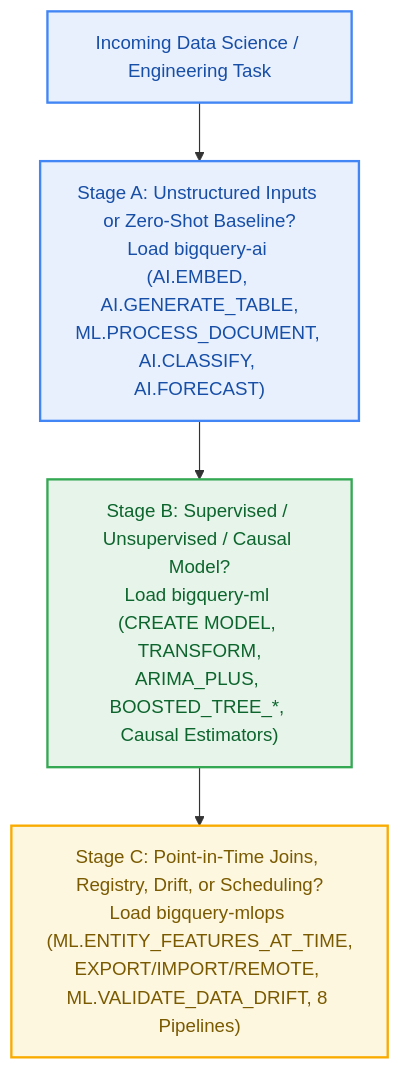
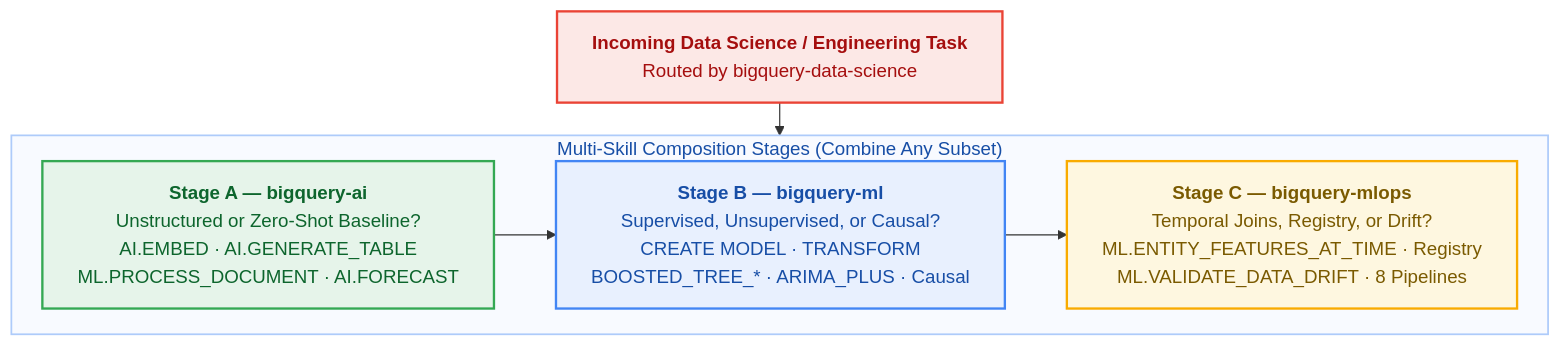
Before and after one commit to statmike/bigquery-data-science: the diagram in skills/bigquery-data-science/reference/cross-skill-playbooks.md, drawn with Mermaid. The commit also changed 5 other files, not shown here.

Commit message:
docs(mermaid): apply wrappingWidth and horizontal 3-card stage layout across all 6 remaining Mermaid diagrams

````diff
--- a/skills/bigquery-data-science/reference/cross-skill-playbooks.md
+++ b/skills/bigquery-data-science/reference/cross-skill-playbooks.md
@@ -11,18 +11,25 @@
 ```mermaid
+%%{init: {'flowchart': {'wrappingWidth': 360, 'nodeSpacing': 24, 'rankSpacing': 28}}}%%
 flowchart TD
-    TASK["Incoming Data Science / Engineering Task"]
-    Q_UNSTRUCT["Stage A: Unstructured Inputs or Zero-Shot Baseline?<br/>Load bigquery-ai (AI.EMBED, AI.GENERATE_TABLE,<br/>ML.PROCESS_DOCUMENT, AI.CLASSIFY, AI.FORECAST)"]
-    Q_TRAIN["Stage B: Supervised / Unsupervised / Causal Model?<br/>Load bigquery-ml (CREATE MODEL, TRANSFORM,<br/>ARIMA_PLUS, BOOSTED_TREE_*, Causal Estimators)"]
-    Q_OPS["Stage C: Point-in-Time Joins, Registry, Drift, or Scheduling?<br/>Load bigquery-mlops (ML.ENTITY_FEATURES_AT_TIME,<br/>EXPORT/IMPORT/REMOTE, ML.VALIDATE_DATA_DRIFT, 8 Pipelines)"]
+    TASK["<b>Incoming Data Science / Engineering Task</b><br/>Routed by bigquery-data-science"]
+    subgraph COMPOSE["Multi-Skill Composition Stages (Combine Any Subset)"]
+        direction LR
+        Q_UNSTRUCT["<b>Stage A — bigquery-ai</b><br/>Unstructured or Zero-Shot Baseline?<br/>AI.EMBED · AI.GENERATE_TABLE<br/>ML.PROCESS_DOCUMENT · AI.FORECAST"]
+        Q_TRAIN["<b>Stage B — bigquery-ml</b><br/>Supervised, Unsupervised, or Causal?<br/>CREATE MODEL · TRANSFORM<br/>BOOSTED_TREE_* · ARIMA_PLUS · Causal"]
+        Q_OPS["<b>Stage C — bigquery-mlops</b><br/>Temporal Joins, Registry, or Drift?<br/>ML.ENTITY_FEATURES_AT_TIME · Registry<br/>ML.VALIDATE_DATA_DRIFT · 8 Pipelines"]
+        Q_UNSTRUCT --> Q_TRAIN --> Q_OPS
+    end
 
-    TASK --> Q_UNSTRUCT
-    Q_UNSTRUCT --> Q_TRAIN
-    Q_TRAIN --> Q_OPS
+    TASK --> COMPOSE
 
+    style COMPOSE fill:#F8FAFF,stroke:#AECBFA,stroke-width:1.5px,color:#174EA6
+
+    classDef route fill:#FCE8E6,stroke:#EA4335,stroke-width:2px,color:#A50E0E
     classDef data fill:#E8F0FE,stroke:#4285F4,stroke-width:2px,color:#174EA6
     classDef config fill:#FEF7E0,stroke:#F9AB00,stroke-width:2px,color:#7A5A00
     classDef compute fill:#E6F4EA,stroke:#34A853,stroke-width:2px,color:#0D652D
-    class TASK,Q_UNSTRUCT data
-    class Q_TRAIN compute
+    class TASK route
+    class Q_UNSTRUCT compute
+    class Q_TRAIN data
     class Q_OPS config
 ```
````
